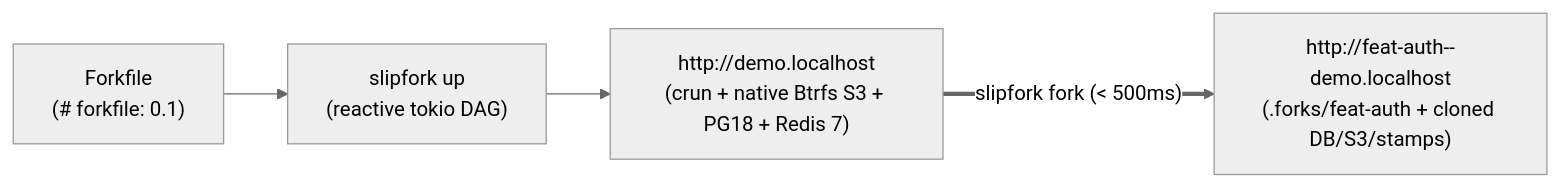
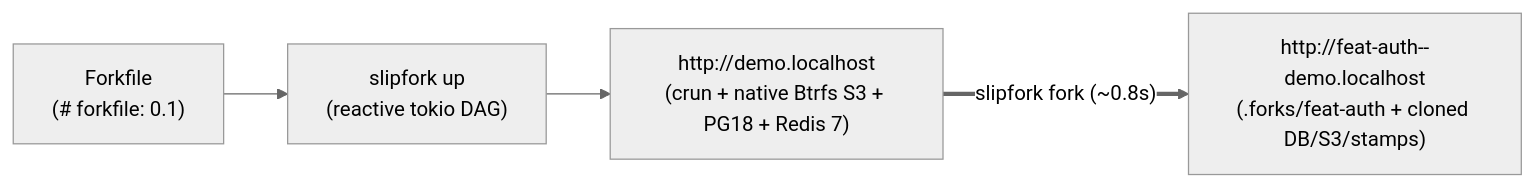
One commit to OffworldNexus/slipfork changed the diagram in specs/README.md. Above: the diagram before and after it, drawn with Mermaid (neutral theme). The commit also changed other lines of this file and 36 other files, not shown here.

````diff
--- a/specs/README.md
+++ b/specs/README.md
@@ -18,6 +18,6 @@
 ```mermaid
 flowchart LR
   FF["Forkfile\n(# forkfile: 0.1)"] --> Up["slipfork up\n(reactive tokio DAG)"]
   Up --> World["http://demo.localhost\n(crun + native Btrfs S3 + PG18 + Redis 7)"]
-  World ==>|"slipfork fork (< 500ms)"| Fork["http://feat-auth--demo.localhost\n(.forks/feat-auth + cloned DB/S3/stamps)"]
+  World ==>|"slipfork fork (~0.8s)"| Fork["http://feat-auth--demo.localhost\n(.forks/feat-auth + cloned DB/S3/stamps)"]
 ```
````
